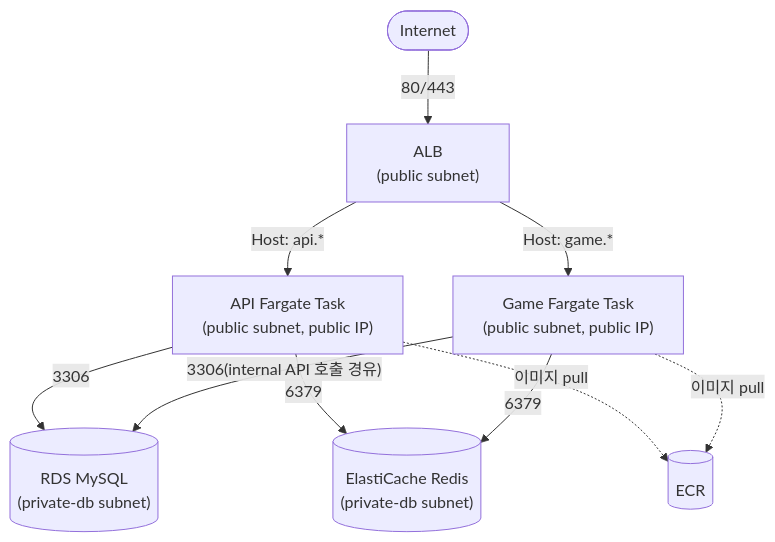
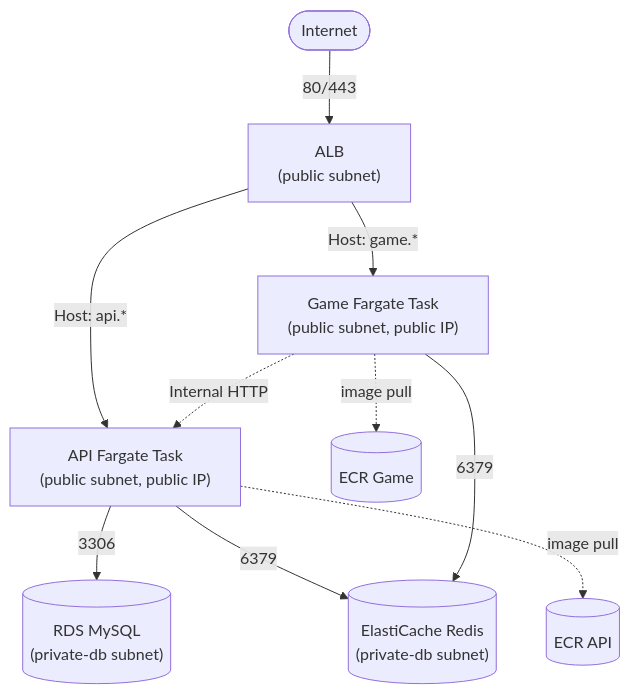
One commit to erjin-lee/song-quiz changed the diagram in docs/infra/ecs-fargate-migration-plan.md. Above: the diagram before and after it, drawn with Mermaid. The commit also changed other lines of this file and 25 other files, not shown here.

First line of the commit message:
feat(infra): ECS Fargate 이관 2단계 - apps/api ECS 인프라 구성 (#120)

````diff
--- a/docs/infra/ecs-fargate-migration-plan.md
+++ b/docs/infra/ecs-fargate-migration-plan.md
@@ -15,20 +23,28 @@
 ```mermaid
 graph TB
-  internet(["Internet"])
-  alb["ALB<br/>(public subnet)"]
-  api["API Fargate Task<br/>(public subnet, public IP)"]
-  game["Game Fargate Task<br/>(public subnet, public IP)"]
-  rds[("RDS MySQL<br/>(private-db subnet)")]
-  redis[("ElastiCache Redis<br/>(private-db subnet)")]
-  ecr[("ECR")]
+    internet(["Internet"])
+    alb["ALB<br/>(public subnet)"]
 
-  internet -- "80/443" --> alb
-  alb -- "Host: api.*" --> api
-  alb -- "Host: game.*" --> game
-  api -- "3306" --> rds
-  game -- "3306(internal API 호출 경유)" --> rds
-  api -- "6379" --> redis
-  game -- "6379" --> redis
-  api -.->|"이미지 pull"| ecr
-  game -.->|"이미지 pull"| ecr
+    api["API Fargate Task<br/>(public subnet, public IP)"]
+    game["Game Fargate Task<br/>(public subnet, public IP)"]
+
+    rds[("RDS MySQL<br/>(private-db subnet)")]
+    redis[("ElastiCache Redis<br/>(private-db subnet)")]
+
+    ecr_api[("ECR API")]
+    ecr_game[("ECR Game")]
+
+    internet -- "80/443" --> alb
+
+    alb -- "Host: api.*" --> api
+    alb -- "Host: game.*" --> game
+
+    api -- "3306" --> rds
+    api -- "6379" --> redis
+    game -- "6379" --> redis
+
+    game -. "Internal HTTP" .-> api
+
+    api -. "image pull" .-> ecr_api
+    game -. "image pull" .-> ecr_game
 ```
````
